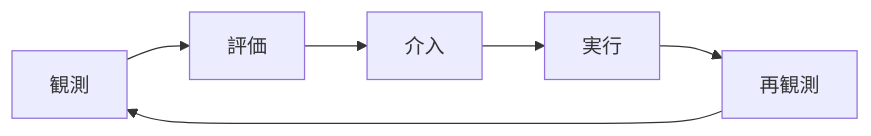
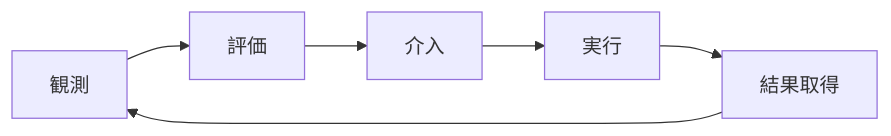
One commit to killertcell428/Helm changed the first of 6 diagrams in docs/ZENN記事_v04.md. Above: the diagram before and after it, drawn with Mermaid. The commit also changed other lines of this file and 2 other files, not shown here.

````diff
--- a/docs/ZENN記事_v04.md
+++ b/docs/ZENN記事_v04.md
@@ -101,8 +104,8 @@
 ```mermaid
 flowchart LR
     A[観測] --> B[評価]
     B --> C[介入]
     C --> D[実行]
-    D --> E[再観測]
+    D --> E[結果取得]
     E --> A
 ```
````
